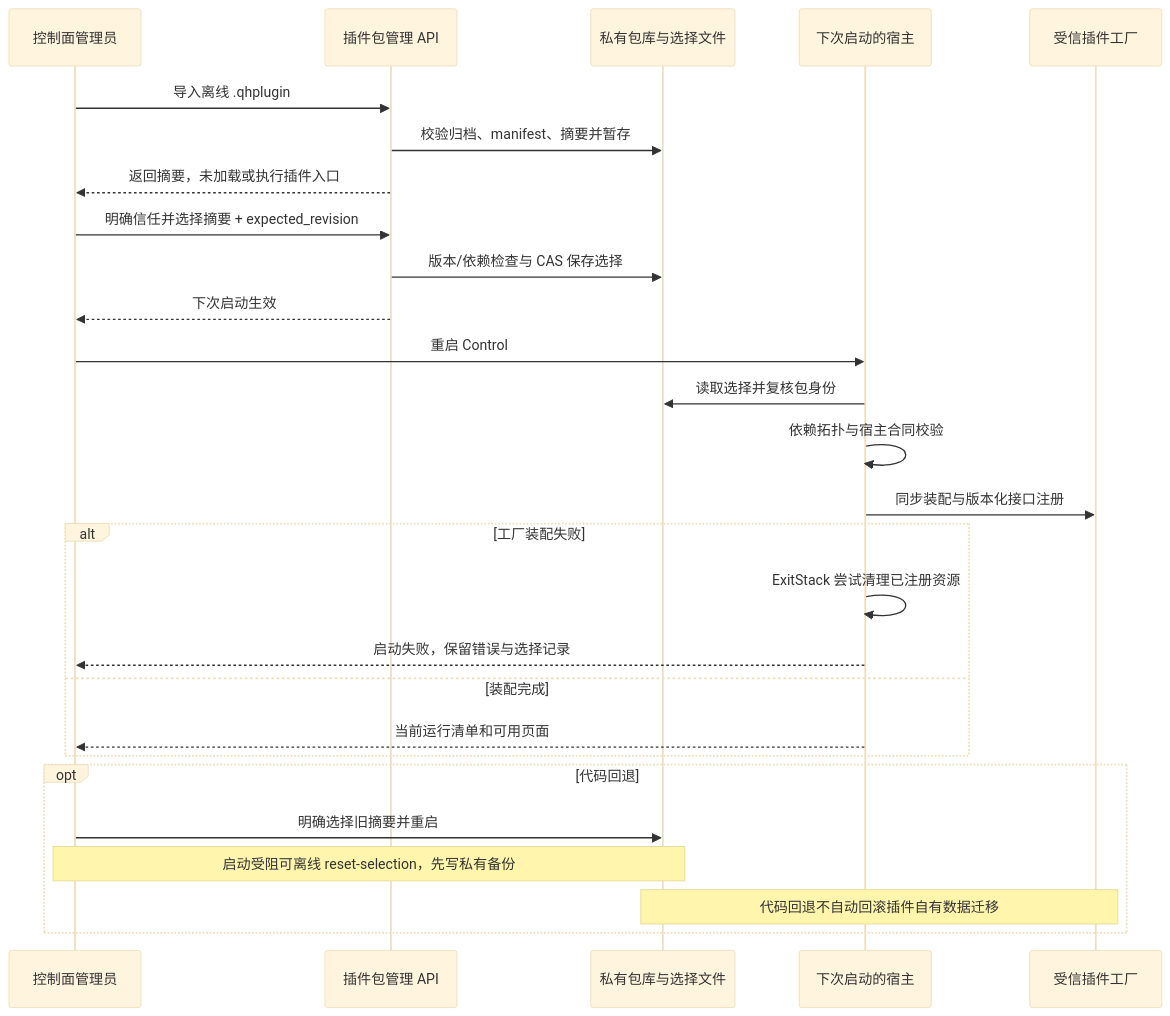
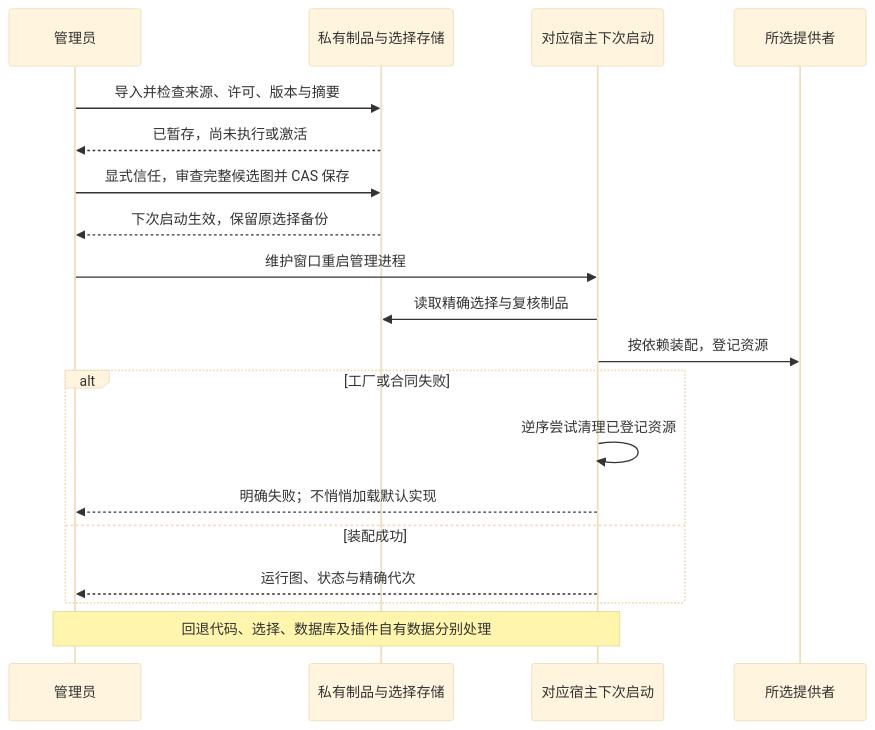
Before and after one commit to ZhengDeL/MindIE-Motor-Console: the third of 4 diagrams in web/ARCHITECTURE.md, drawn with Mermaid (base theme). The commit also changed other lines of this file and 167 other files, not shown here.

````diff
--- a/web/ARCHITECTURE.md
+++ b/web/ARCHITECTURE.md
@@ -78,29 +59,21 @@
 ```mermaid
 sequenceDiagram
-  participant A as 控制面管理员
-  participant API as 插件包管理 API
-  participant PS as 私有包库与选择文件
-  participant H as 下次启动的宿主
-  participant F as 受信插件工厂
-  A->>API: 导入离线 .qhplugin
-  API->>PS: 校验归档、manifest、摘要并暂存
-  API-->>A: 返回摘要，未加载或执行插件入口
-  A->>API: 明确信任并选择摘要 + expected_revision
-  API->>PS: 版本/依赖检查与 CAS 保存选择
-  API-->>A: 下次启动生效
-  A->>H: 重启 Control
-  H->>PS: 读取选择并复核包身份
-  H->>H: 依赖拓扑与宿主合同校验
-  H->>F: 同步装配与版本化接口注册
-  alt 工厂装配失败
-    H->>H: ExitStack 尝试清理已注册资源
-    H-->>A: 启动失败，保留错误与选择记录
-  else 装配完成
-    H-->>A: 当前运行清单和可用页面
+  participant A as 管理员
+  participant P as 私有制品与选择存储
+  participant H as 对应宿主下次启动
+  participant F as 所选提供者
+  A->>P: 导入并检查来源、许可、版本与摘要
+  P-->>A: 已暂存，尚未执行或激活
+  A->>P: 显式信任，审查完整候选图并 CAS 保存
+  P-->>A: 下次启动生效，保留原选择备份
+  A->>H: 维护窗口重启管理进程
+  H->>P: 读取精确选择与复核制品
+  H->>F: 按依赖装配，登记资源
+  alt 工厂或合同失败
+    H->>H: 逆序尝试清理已登记资源
+    H-->>A: 明确失败；不悄悄加载默认实现
+  else 装配成功
+    H-->>A: 运行图、状态与精确代次
   end
-  opt 代码回退
-    A->>PS: 明确选择旧摘要并重启
-    Note over A,PS: 启动受阻可离线 reset-selection，先写私有备份
-    Note over PS,F: 代码回退不自动回滚插件自有数据迁移
-  end
+  Note over A,H: 回退代码、选择、数据库及插件自有数据分别处理
 ```
````
